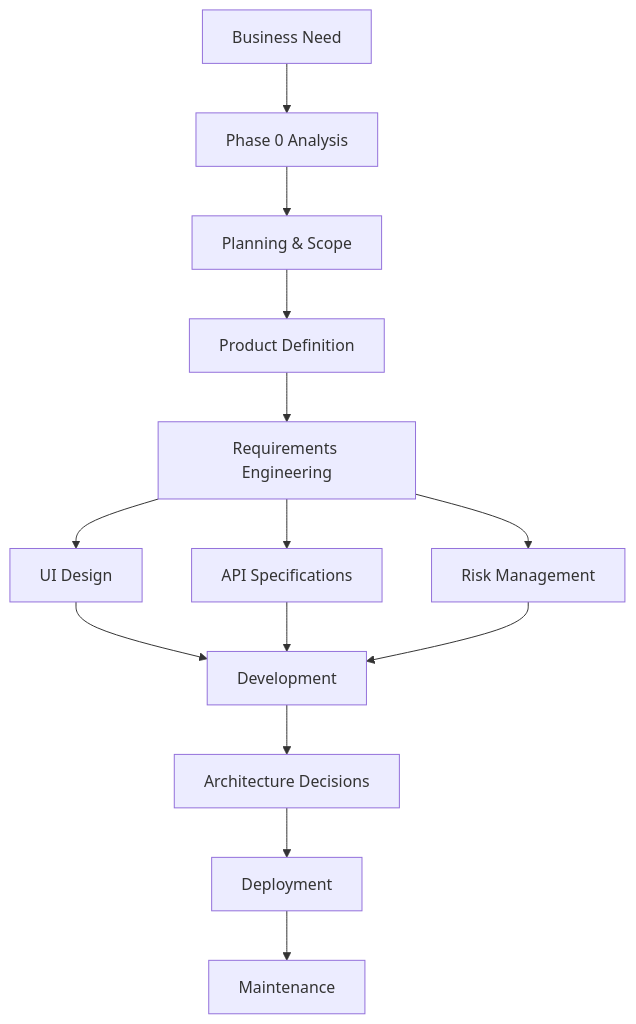
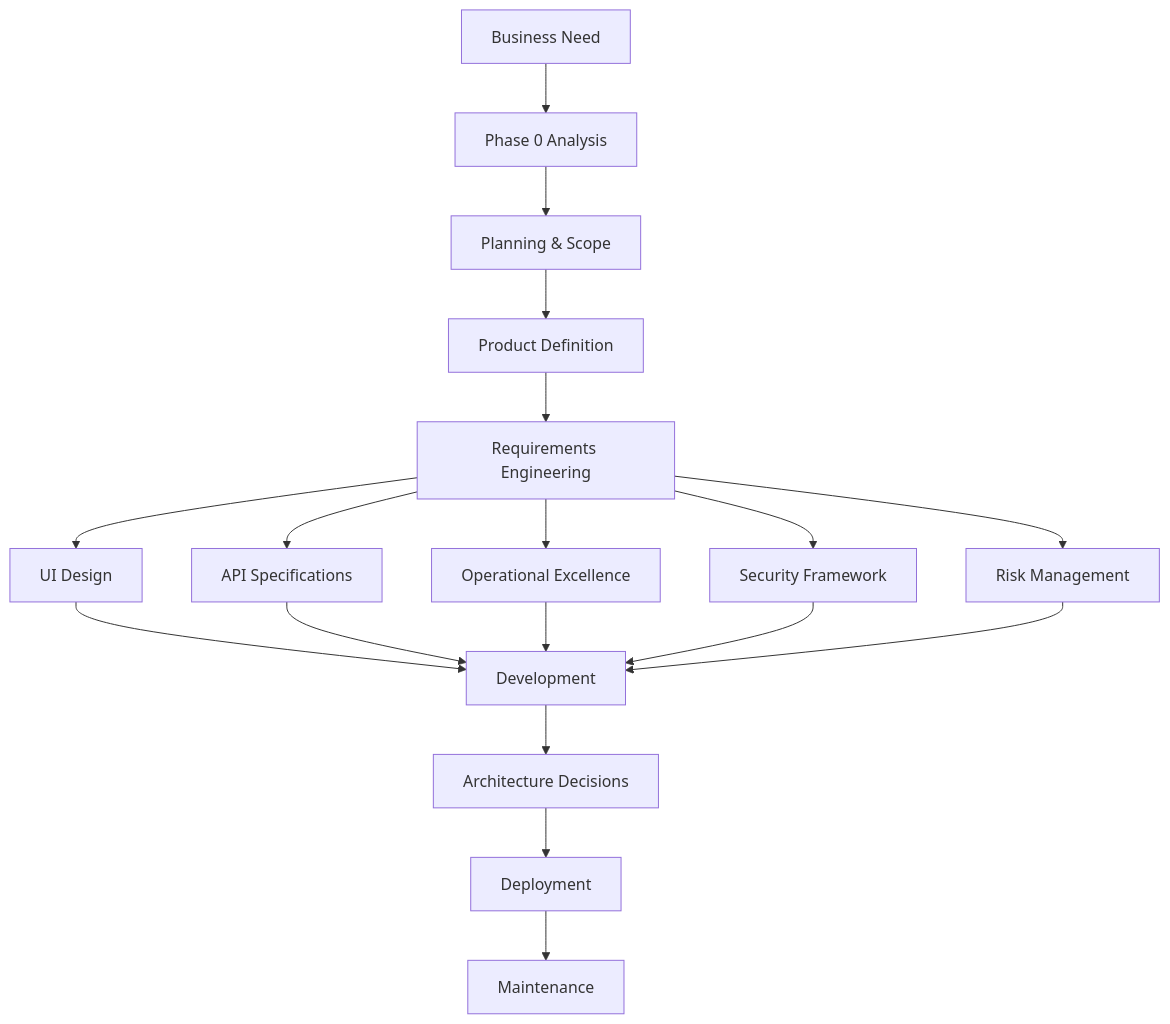
Before and after one commit to od3n/forecastiq: the third of 4 diagrams in .qoder/repowiki/en/content/Project Overview.md, drawn with Mermaid. The commit also changed other lines of this file and 3 other files, not shown here.

````diff
--- a/.qoder/repowiki/en/content/Project Overview.md
+++ b/.qoder/repowiki/en/content/Project Overview.md
@@ -263,16 +330,20 @@
 ```mermaid
 flowchart TD
 A["Business Need"] --> B["Phase 0 Analysis"]
 B --> C["Planning & Scope"]
 C --> D["Product Definition"]
 D --> E["Requirements Engineering"]
 E --> F["UI Design"]
 E --> G["API Specifications"]
-E --> H["Risk Management"]
-F --> I["Development"]
-G --> I
-H --> I
-I --> J["Architecture Decisions"]
-J --> K["Deployment"]
-K --> L["Maintenance"]
+E --> H["Operational Excellence"]
+E --> I["Security Framework"]
+E --> J["Risk Management"]
+F --> K["Development"]
+G --> K
+H --> K
+I --> K
+J --> K
+K --> L["Architecture Decisions"]
+L --> M["Deployment"]
+M --> N["Maintenance"]
 ```
````
